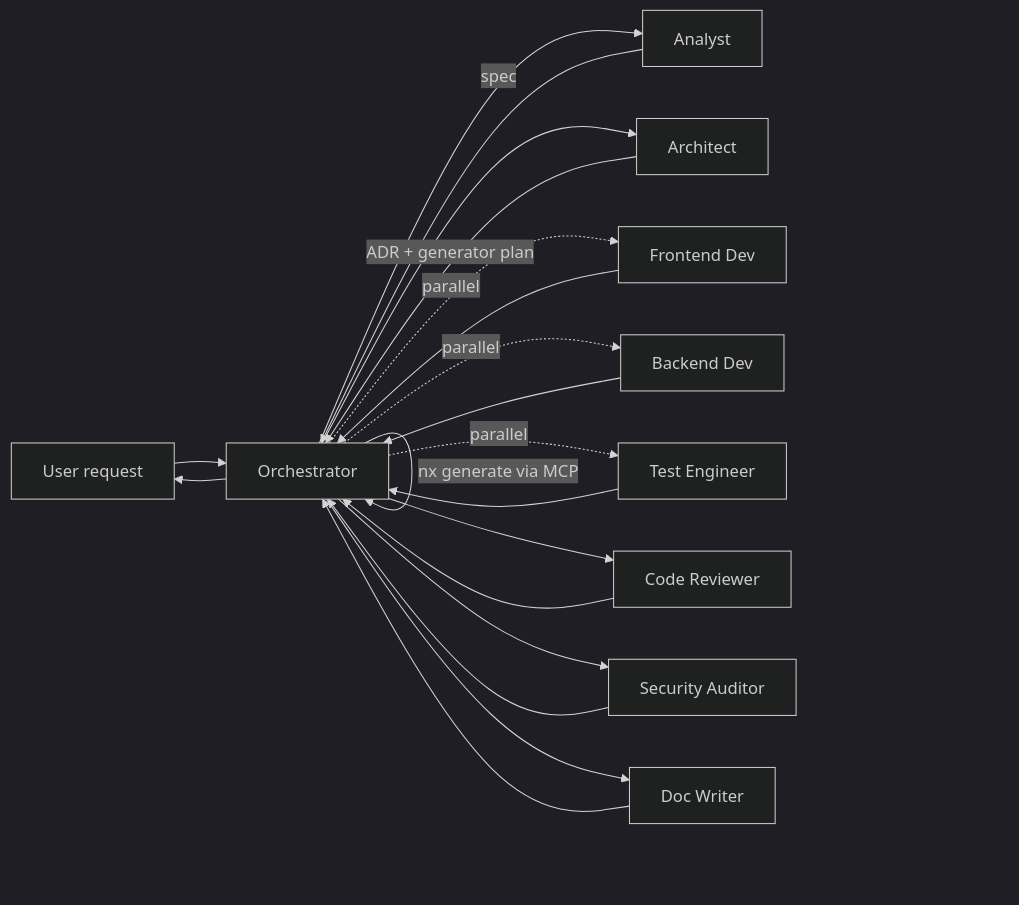
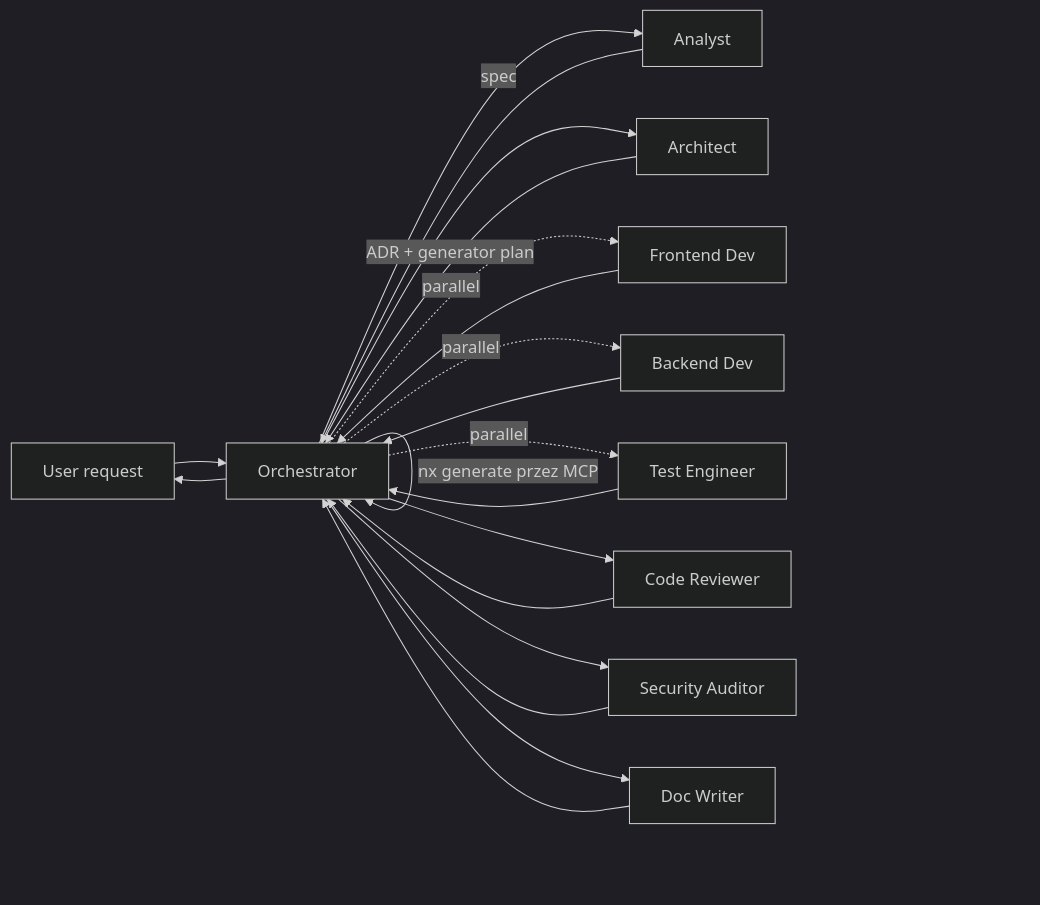
The diagram in .ai/workflows/new-feature.md (nowiro/ai-studio), drawn with Mermaid (dark theme) before and after one commit. The commit also changed other lines of this file and 6 other files, not shown here.

````diff
--- a/.ai/workflows/new-feature.md
+++ b/.ai/workflows/new-feature.md
@@ -12,19 +12,19 @@
 ```mermaid
 flowchart LR
     U[User request] --> O[Orchestrator]
     O --> A[Analyst]
     A -->|spec| O
     O --> AR[Architect]
     AR -->|ADR + generator plan| O
-    O -->|nx generate via MCP| O
+    O -->|nx generate przez MCP| O
     O -.parallel.-> FE[Frontend Dev]
     O -.parallel.-> BE[Backend Dev]
     O -.parallel.-> TE[Test Engineer]
     FE & BE & TE --> O
     O --> CR[Code Reviewer]
     O --> SA[Security Auditor]
     CR & SA --> O
     O --> DW[Doc Writer]
     DW --> O
     O --> U
 ```
````
